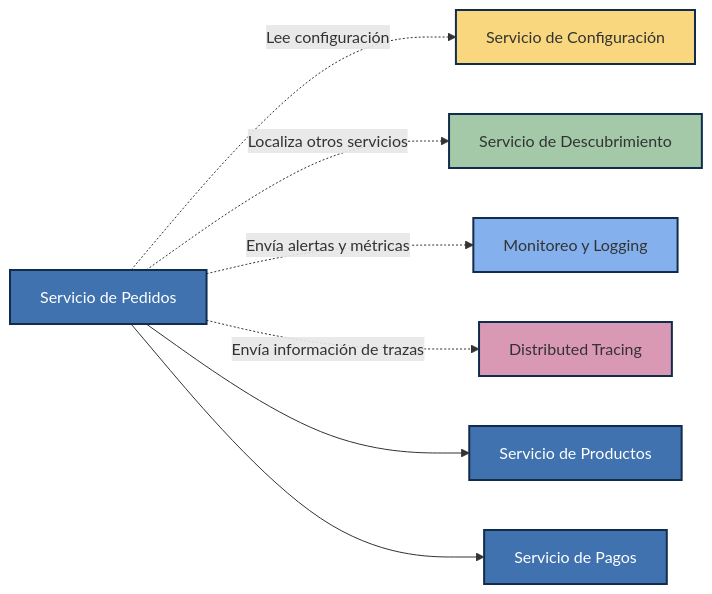
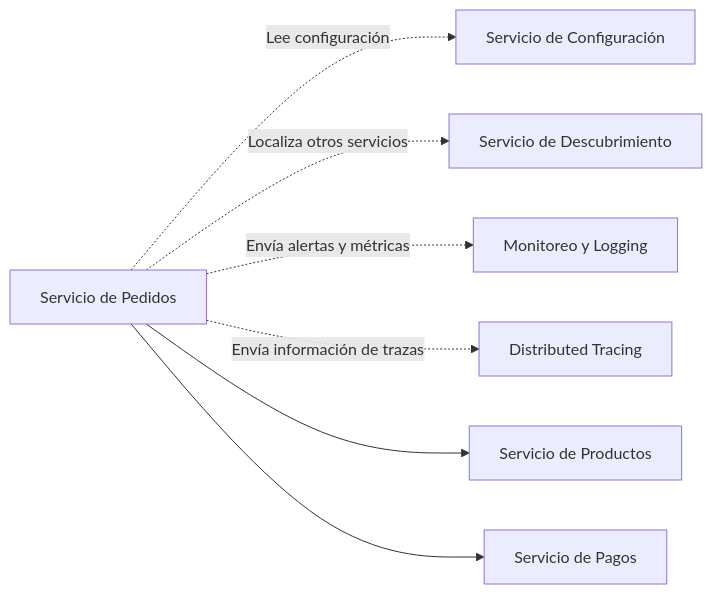
The third of 3 diagrams in docs/architecture/microservices/index.md (aialphanovatide/software-architecture-guide), drawn with Mermaid before and after one commit. The commit also changed other lines of this file and 8 other files, not shown here.

````diff
--- a/docs/architecture/microservices/index.md
+++ b/docs/architecture/microservices/index.md
@@ -127,18 +108,10 @@
 ```mermaid
 graph LR
     Order[Servicio de Pedidos] -. Lee configuración .-> Config[Servicio de Configuración]
     Order -. Localiza otros servicios .-> Discovery[Servicio de Descubrimiento]
     Order -. Envía alertas y métricas .-> Monitoring[Monitoreo y Logging]
     Order -. Envía información de trazas .-> Tracing[Distributed Tracing]
     
     Order --> Product[Servicio de Productos]
     Order --> Payment[Servicio de Pagos]
-    
-    style Order fill:#3f72af,stroke:#112d4e,stroke-width:2px,color:#ffffff
-    style Product fill:#3f72af,stroke:#112d4e,stroke-width:2px,color:#ffffff
-    style Payment fill:#3f72af,stroke:#112d4e,stroke-width:2px,color:#ffffff
-    style Config fill:#f9d77e,stroke:#112d4e,stroke-width:2px
-    style Discovery fill:#a3c9a8,stroke:#112d4e,stroke-width:2px
-    style Monitoring fill:#84b1ed,stroke:#112d4e,stroke-width:2px
-    style Tracing fill:#d998b3,stroke:#112d4e,stroke-width:2px
 ```
````
